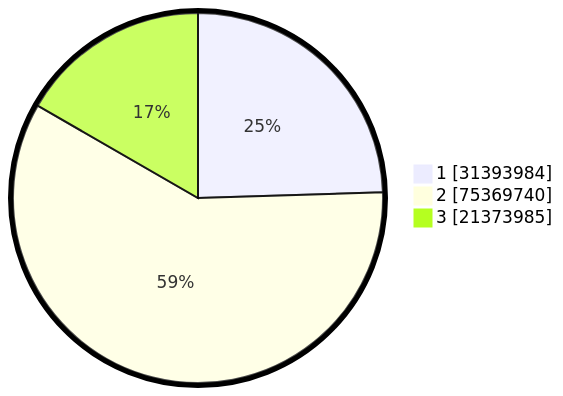
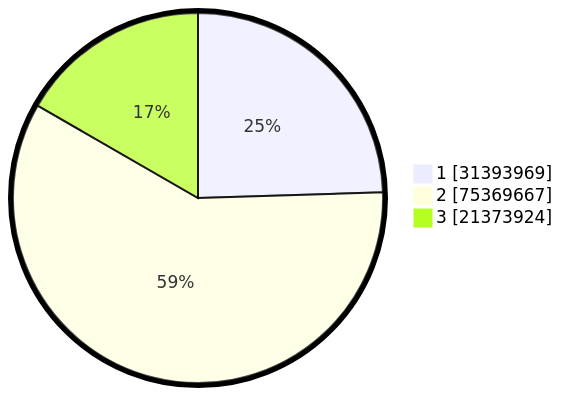
Before and after one commit to gigit-pemilu/pemilu-2024: the second of 2 diagrams in pilpres/hitung-suara/README.md, drawn with Mermaid. The commit also changed other lines of this file and 7 other files, not shown here.

````diff
--- a/pilpres/hitung-suara/README.md
+++ b/pilpres/hitung-suara/README.md
@@ -93,7 +93,7 @@
 ```mermaid
 %%{init: {"pie": {"textPosition": 0.5}, "themeVariables": {"pieOuterStrokeWidth": "5px"}} }%%
 pie showData
-    "1" : 31393984
-    "2" : 75369740
-    "3" : 21373985
+    "1" : 31393969
+    "2" : 75369667
+    "3" : 21373924
 ```
````
